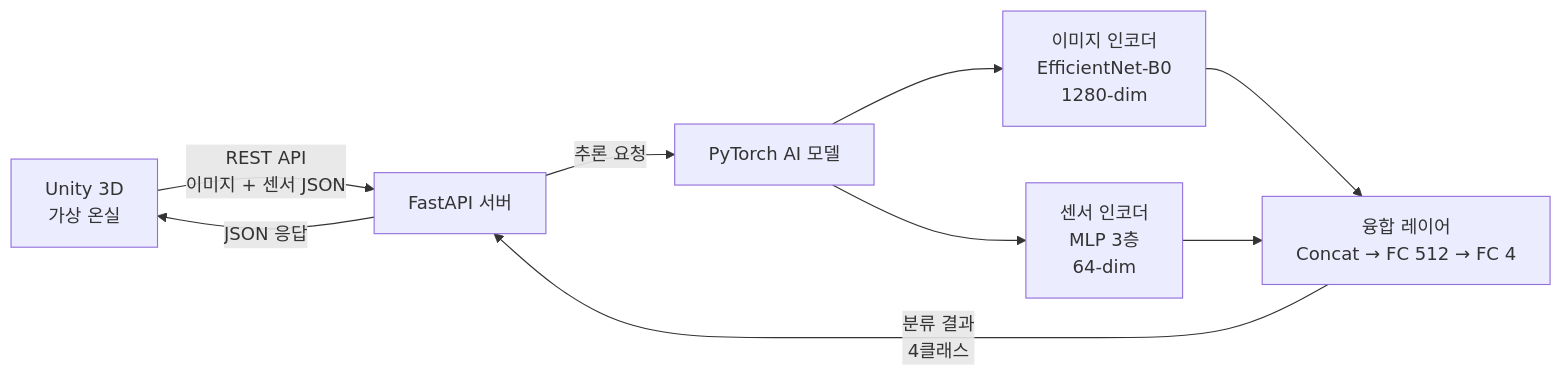
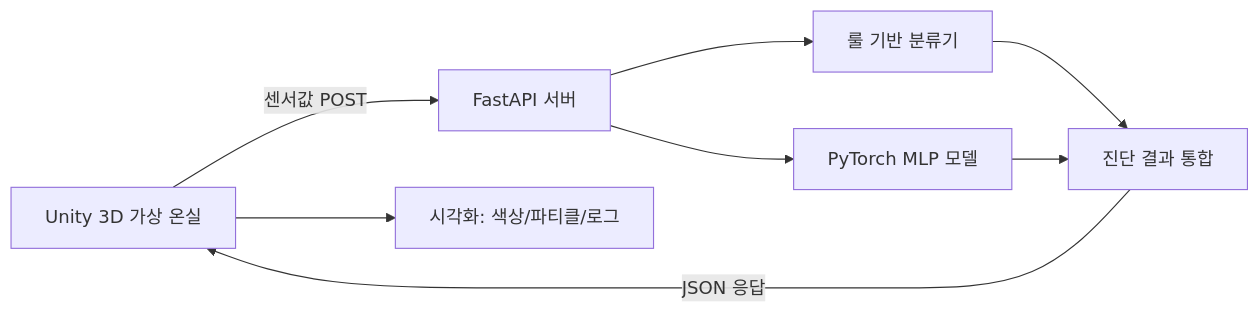
One commit to woojinChae-0419/virtual-smartfarm changed the diagram in README.md. Above: the diagram before and after it, drawn with Mermaid. The commit also changed other lines of this file and 1 other file, not shown here.

````diff
--- a/README.md
+++ b/README.md
@@ -49,11 +35,10 @@
 ```mermaid
-graph LR
-    A[Unity 3D\n가상 온실] -->|REST API\n이미지 + 센서 JSON| B[FastAPI 서버]
-    B -->|추론 요청| C[PyTorch AI 모델]
-    C --> D[이미지 인코더\nEfficientNet-B0\n1280-dim]
-    C --> E[센서 인코더\nMLP 3층\n64-dim]
-    D --> F[융합 레이어\nConcat → FC 512 → FC 4]
-    E --> F
-    F -->|분류 결과\n4클래스| B
-    B -->|JSON 응답| A
+flowchart LR
+    A[Unity 3D 가상 온실] -->|센서값 POST| B[FastAPI 서버]
+    B --> C[룰 기반 분류기]
+    B --> D[PyTorch MLP 모델]
+    C --> E[진단 결과 통합]
+    D --> E
+    E -->|JSON 응답| A
+    A --> F[시각화: 색상/파티클/로그]
 ```
````
